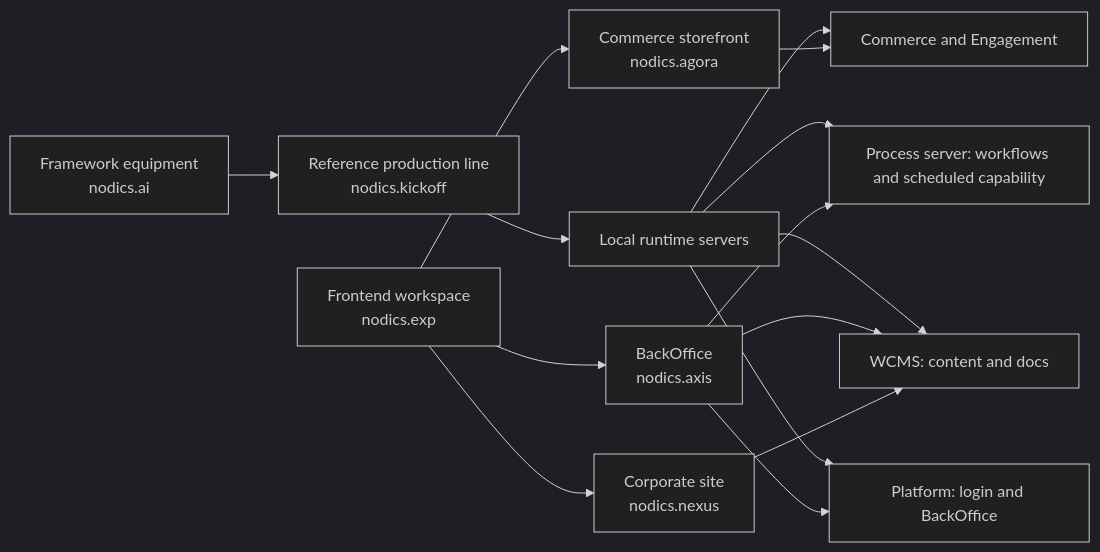
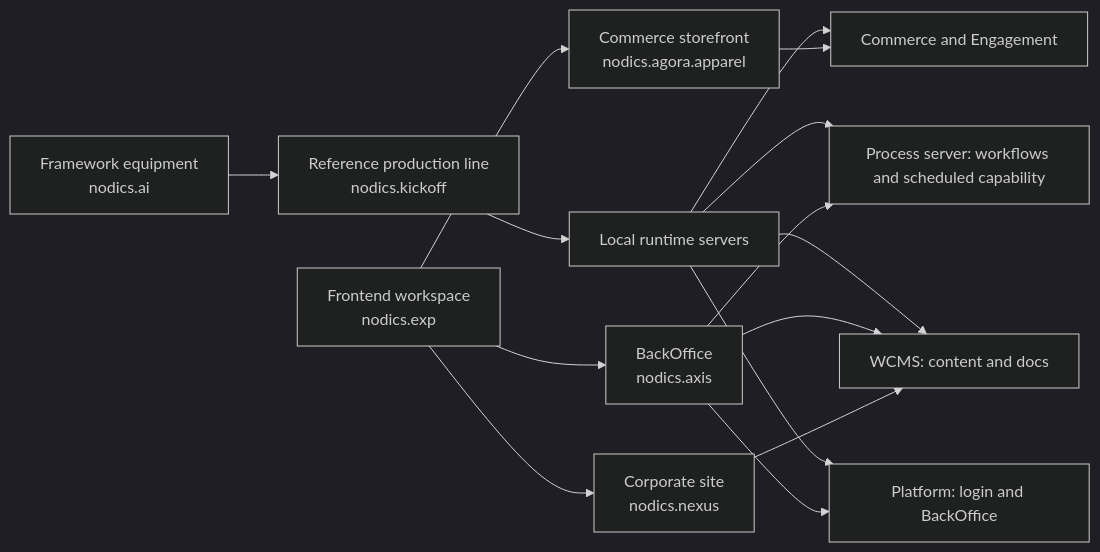
One commit to Nodics/nodics.kickoff changed the first of 2 diagrams in docs/pages/project-overview.md. Above: the diagram before and after it, drawn with Mermaid (dark theme). The commit also changed 3 other files, not shown here.

Commit message:
Point Kickoff docs to Agora Apparel

````diff
--- a/docs/pages/project-overview.md
+++ b/docs/pages/project-overview.md
@@ -70,17 +70,17 @@
 ```mermaid
 flowchart LR
   Framework["Framework equipment<br/>nodics.ai"] --> Project["Reference production line<br/>nodics.kickoff"]
   Project --> Servers["Local runtime servers"]
   Servers --> Platform["Platform: login and BackOffice"]
   Servers --> WCMS["WCMS: content and docs"]
   Servers --> Automation["Process server: workflows and scheduled capability"]
   Servers --> Commerce["Commerce and Engagement"]
   UiWorkspace["Frontend workspace<br/>nodics.exp"] --> Axis["BackOffice<br/>nodics.axis"]
   UiWorkspace --> Nexus["Corporate site<br/>nodics.nexus"]
-  UiWorkspace --> Agora["Commerce storefront<br/>nodics.agora"]
+  UiWorkspace --> Agora["Commerce storefront<br/>nodics.agora.apparel"]
   Axis --> Platform
   Axis --> WCMS
   Axis --> Automation
   Nexus --> WCMS
   Agora --> Commerce
 ```
````
